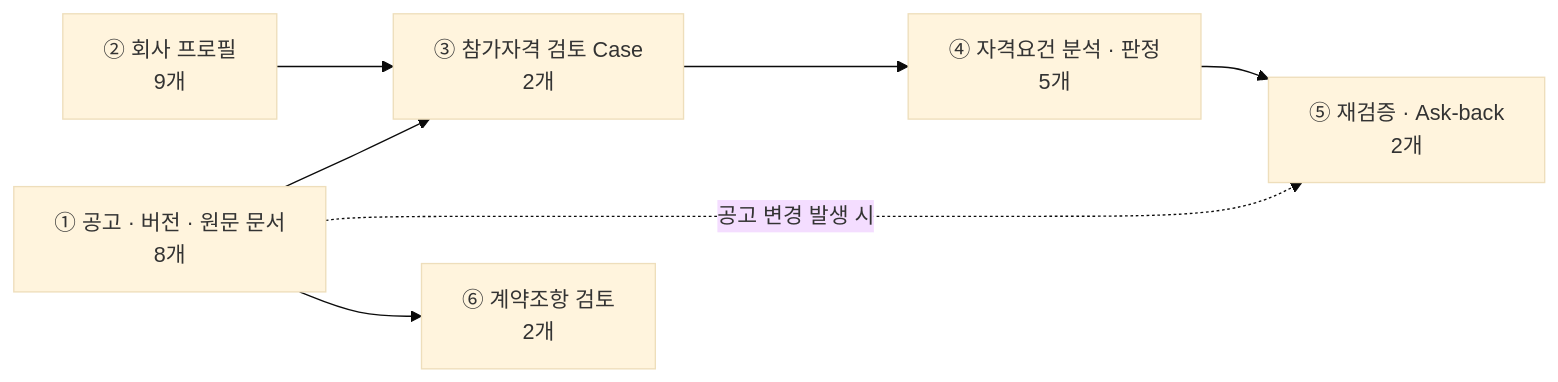
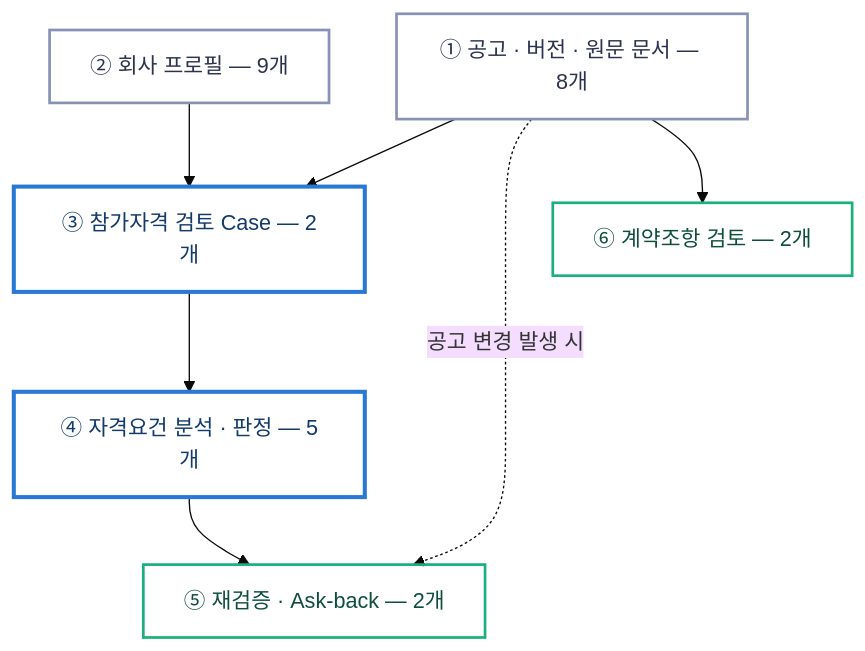
One commit to SKNETWORKS-FAMILY-AICAMP/SKN34-3rd-4Team changed the fourth of 8 diagrams in README.md. Above: the diagram before and after it, drawn with Mermaid (base theme). The commit also changed other lines of this file and 4 other files, not shown here.

Commit message:
docs: 간트·요구사항 차트 이미지화, 도메인 지도·ERD·재검증 도식 정리

````diff
--- a/README.md
+++ b/README.md
@@ -387,9 +374,23 @@
 ```mermaid
-flowchart LR
-    A["① 공고 · 버전 · 원문 문서<br/>8개"] --> C["③ 참가자격 검토 Case<br/>2개"]
-    B["② 회사 프로필<br/>9개"] --> C
-    C --> D["④ 자격요건 분석 · 판정<br/>5개"]
-    D --> E["⑤ 재검증 · Ask-back<br/>2개"]
+flowchart TB
+    A["① 공고 · 버전 · 원문 문서 — 8개"]
+    B["② 회사 프로필 — 9개"]
+    C["③ 참가자격 검토 Case — 2개"]
+    D["④ 자격요건 분석 · 판정 — 5개"]
+    E["⑤ 재검증 · Ask-back — 2개"]
+    F["⑥ 계약조항 검토 — 2개"]
+
+    A --> C
+    B --> C
+    C --> D
+    D --> E
     A -. "공고 변경 발생 시" .-> E
-    A --> F["⑥ 계약조항 검토<br/>2개"]
+    A --> F
+
+    classDef src fill:none,stroke:#8792b5,stroke-width:2px,color:#2b3350
+    classDef core fill:none,stroke:#2a78d6,stroke-width:3px,color:#123a6b
+    classDef out fill:none,stroke:#1baf7a,stroke-width:2px,color:#0f4f39
+    class A,B src
+    class C,D core
+    class E,F out
 ```
````
